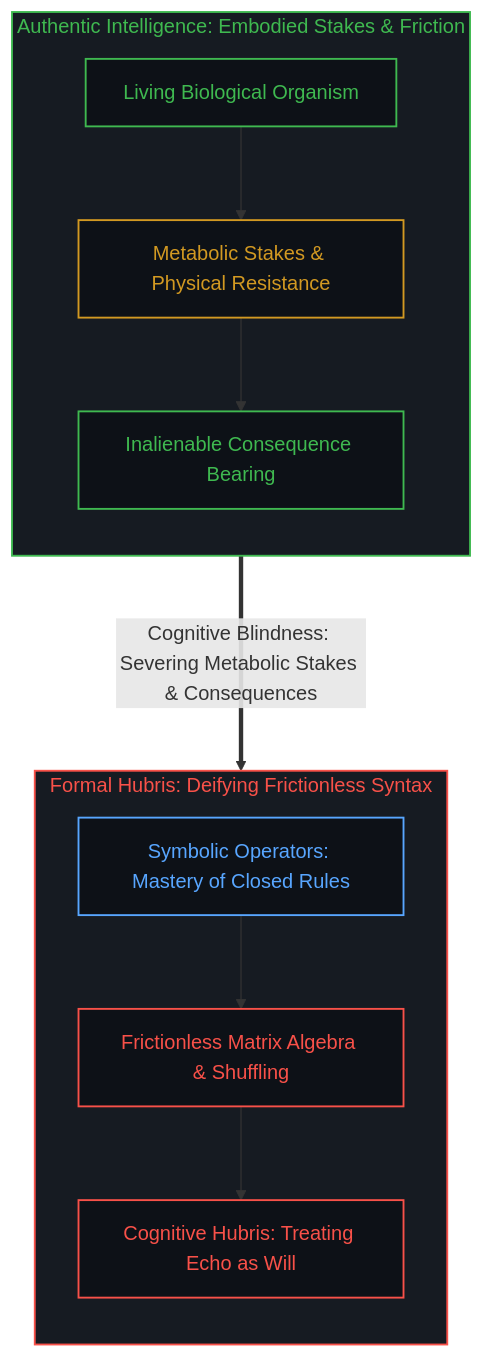
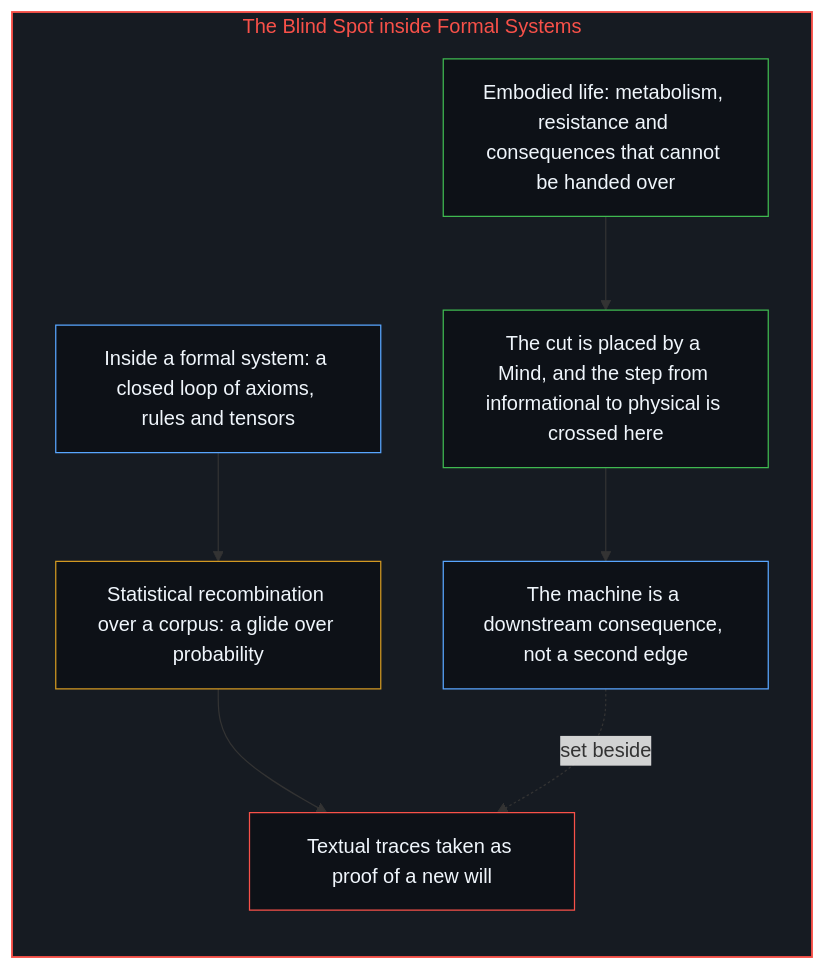
One commit to powerpig99/not-a-toe changed the sixth of 10 diagrams in content/posts/all-that-can-be-spoken-is-the-product-of-the-unspeakable.md. Above: the diagram before and after it, drawn with Mermaid. The commit also changed other lines of this file and 2 other files, not shown here.

Commit message:
Refine all-that-can-be-spoken-is-the-product-of-the-unspeakable: alternating bilingual layout, five paired diagrams, the cut and the informational side of the machine, implicit first person

````diff
--- a/content/posts/all-that-can-be-spoken-is-the-product-of-the-unspeakable.md
+++ b/content/posts/all-that-can-be-spoken-is-the-product-of-the-unspeakable.md
@@ -207,29 +189,25 @@
 ```mermaid
-graph TD
-    classDef default fill:#0d1117,stroke:#30363d,stroke-width:1px,color:#f0f6fc;
-    classDef mind fill:#0d1117,stroke:#3fb950,stroke-width:1.5px,color:#3fb950;
-    classDef failure fill:#0d1117,stroke:#f85149,stroke-width:1.5px,color:#f85149;
-    classDef scaffold fill:#0d1117,stroke:#d29922,stroke-width:1.5px,color:#d29922;
-    classDef model fill:#0d1117,stroke:#58a6ff,stroke-width:1.5px,color:#58a6ff;
-
-    subgraph S_LivingMind_EN ["Authentic Intelligence: Embodied Stakes & Friction"]
+flowchart TD
+    subgraph S_Formal["The Blind Spot inside Formal Systems"]
         direction TB
-        LE1["Living Biological Organism"]:::mind
-        LE2["Metabolic Stakes & Physical Resistance"]:::scaffold
-        LE3["Inalienable Consequence Bearing"]:::mind
-        LE1 --> LE2 --> LE3
+        Formal["Inside a formal system: a closed loop of axioms, rules and tensors"]
+        Glide["Statistical recombination over a corpus: a glide over probability"]
+        Echo["Textual traces taken as proof of a new will"]
+        Body["Embodied life: metabolism, resistance and consequences that cannot be handed over"]
+        Cut["The cut is placed by a Mind, and the step from informational to physical is crossed here"]
+        Down["The machine is a downstream consequence, not a second edge"]
+        Formal --> Glide
+        Glide --> Echo
+        Body --> Cut
+        Cut --> Down
+        Down -.->|"set beside"| Echo
     end
 
-    subgraph S_FormalHubris_EN ["Formal Hubris: Deifying Frictionless Syntax"]
-        direction TB
-        HE1["Symbolic Operators: Mastery of Closed Rules"]:::model
-        HE2["Frictionless Matrix Algebra & Shuffling"]:::failure
-        HE3["Cognitive Hubris: Treating Echo as Will"]:::failure
-        HE1 --> HE2 --> HE3
-    end
-
-    LE3 ===>|"Cognitive Blindness: Severing Metabolic Stakes & Consequences"| HE1
-
-    style S_LivingMind_EN fill:#161b22,stroke:#3fb950,stroke-width:1.5px,color:#3fb950
-    style S_FormalHubris_EN fill:#161b22,stroke:#f85149,stroke-width:1.5px,color:#f85149
+    style S_Formal fill:#161b22,stroke:#f85149,stroke-width:1.5px,color:#f85149
+    style Formal fill:#0d1117,stroke:#58a6ff,stroke-width:1px,color:#f0f6fc
+    style Glide fill:#0d1117,stroke:#d29922,stroke-width:1px,color:#f0f6fc
+    style Echo fill:#0d1117,stroke:#f85149,stroke-width:1px,color:#f0f6fc
+    style Body fill:#0d1117,stroke:#3fb950,stroke-width:1px,color:#f0f6fc
+    style Cut fill:#0d1117,stroke:#3fb950,stroke-width:1px,color:#f0f6fc
+    style Down fill:#0d1117,stroke:#58a6ff,stroke-width:1px,color:#f0f6fc
 ```
````
